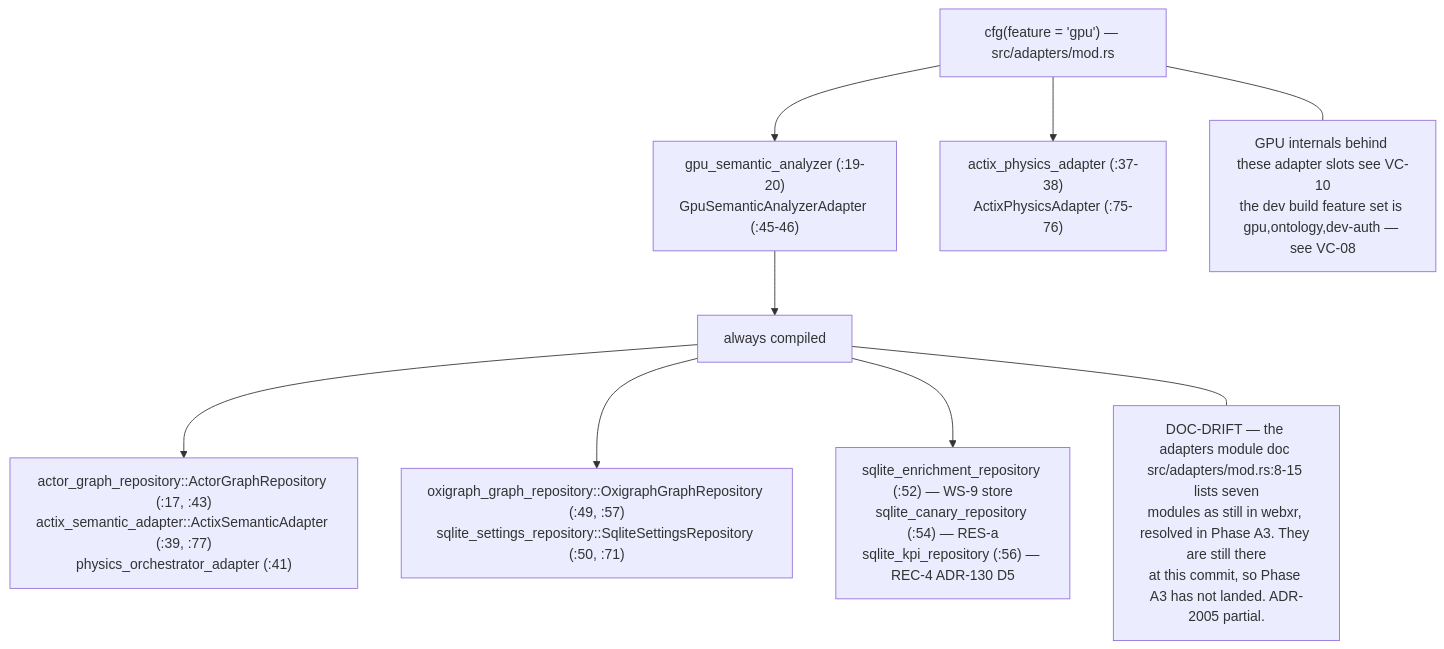
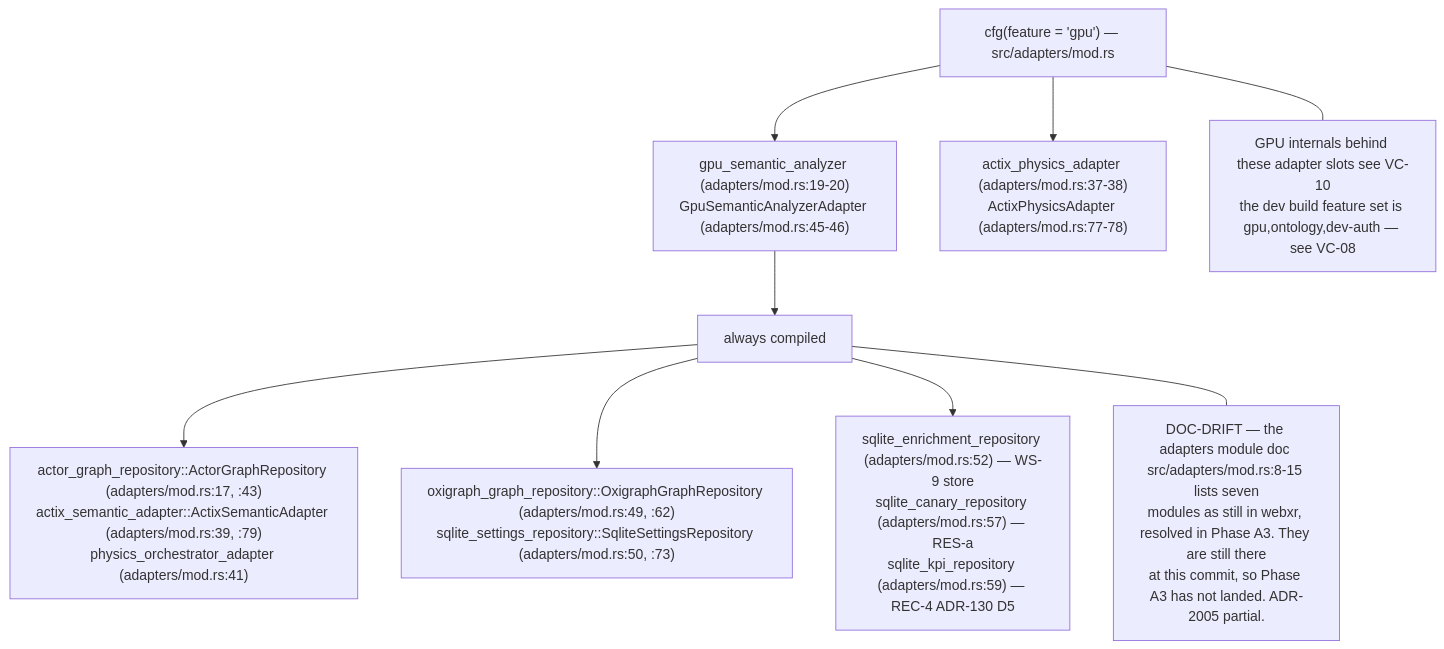
One commit to DreamLab-AI/VisionFlow changed diagram 11 of 12 in docs/diagrams/visionclaw/07-hexagonal-ports-and-crates.md. Above: the diagram before and after it, drawn with Mermaid. The commit also changed other lines of this file and 52 other files, not shown here.

First line of the commit message:
docs(diagrams): wave 3 checkpoint — bare line refs resolved, revision-pinned cite-check, VC-05/AB-01..13 re-attested

````diff
--- a/docs/diagrams/visionclaw/07-hexagonal-ports-and-crates.md
+++ b/docs/diagrams/visionclaw/07-hexagonal-ports-and-crates.md
@@ -413,15 +413,15 @@
 ```mermaid
 flowchart TB
     G["cfg(feature = 'gpu') — src/adapters/mod.rs"]
-    G --> G1["gpu_semantic_analyzer (:19-20)<br/>GpuSemanticAnalyzerAdapter (:45-46)"]
-    G --> G2["actix_physics_adapter (:37-38)<br/>ActixPhysicsAdapter (:75-76)"]
+    G --> G1["gpu_semantic_analyzer (adapters/mod.rs:19-20)<br/>GpuSemanticAnalyzerAdapter (adapters/mod.rs:45-46)"]
+    G --> G2["actix_physics_adapter (adapters/mod.rs:37-38)<br/>ActixPhysicsAdapter (adapters/mod.rs:77-78)"]
     NG["always compiled"]
-    NG --> N1["actor_graph_repository::ActorGraphRepository (:17, :43)<br/>actix_semantic_adapter::ActixSemanticAdapter (:39, :77)<br/>physics_orchestrator_adapter (:41)"]
-    NG --> N2["oxigraph_graph_repository::OxigraphGraphRepository (:49, :57)<br/>sqlite_settings_repository::SqliteSettingsRepository (:50, :71)"]
-    NG --> N3["sqlite_enrichment_repository (:52) — WS-9 store<br/>sqlite_canary_repository (:54) — RES-a<br/>sqlite_kpi_repository (:56) — REC-4 ADR-130 D5"]
+    NG --> N1["actor_graph_repository::ActorGraphRepository (adapters/mod.rs:17, :43)<br/>actix_semantic_adapter::ActixSemanticAdapter (adapters/mod.rs:39, :79)<br/>physics_orchestrator_adapter (adapters/mod.rs:41)"]
+    NG --> N2["oxigraph_graph_repository::OxigraphGraphRepository (adapters/mod.rs:49, :62)<br/>sqlite_settings_repository::SqliteSettingsRepository (adapters/mod.rs:50, :73)"]
+    NG --> N3["sqlite_enrichment_repository (adapters/mod.rs:52) — WS-9 store<br/>sqlite_canary_repository (adapters/mod.rs:57) — RES-a<br/>sqlite_kpi_repository (adapters/mod.rs:59) — REC-4 ADR-130 D5"]
     G1 --> NG
     D["DOC-DRIFT — the adapters module doc src/adapters/mod.rs:8-15 lists seven<br/>modules as still in webxr, resolved in Phase A3. They are still there<br/>at this commit, so Phase A3 has not landed. ADR-2005 partial."]
     NG --- D
     N9["GPU internals behind these adapter slots see VC-10<br/>the dev build feature set is gpu,ontology,dev-auth — see VC-08"]
     G --- N9
 ```
````
